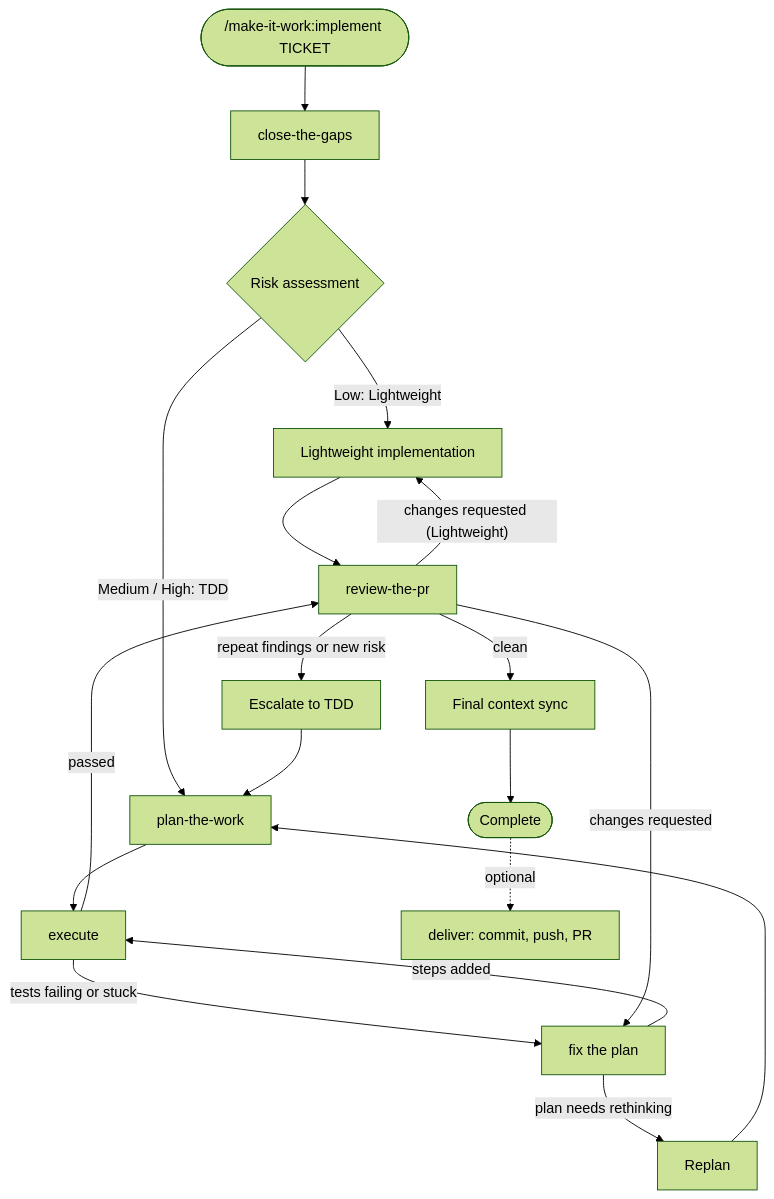
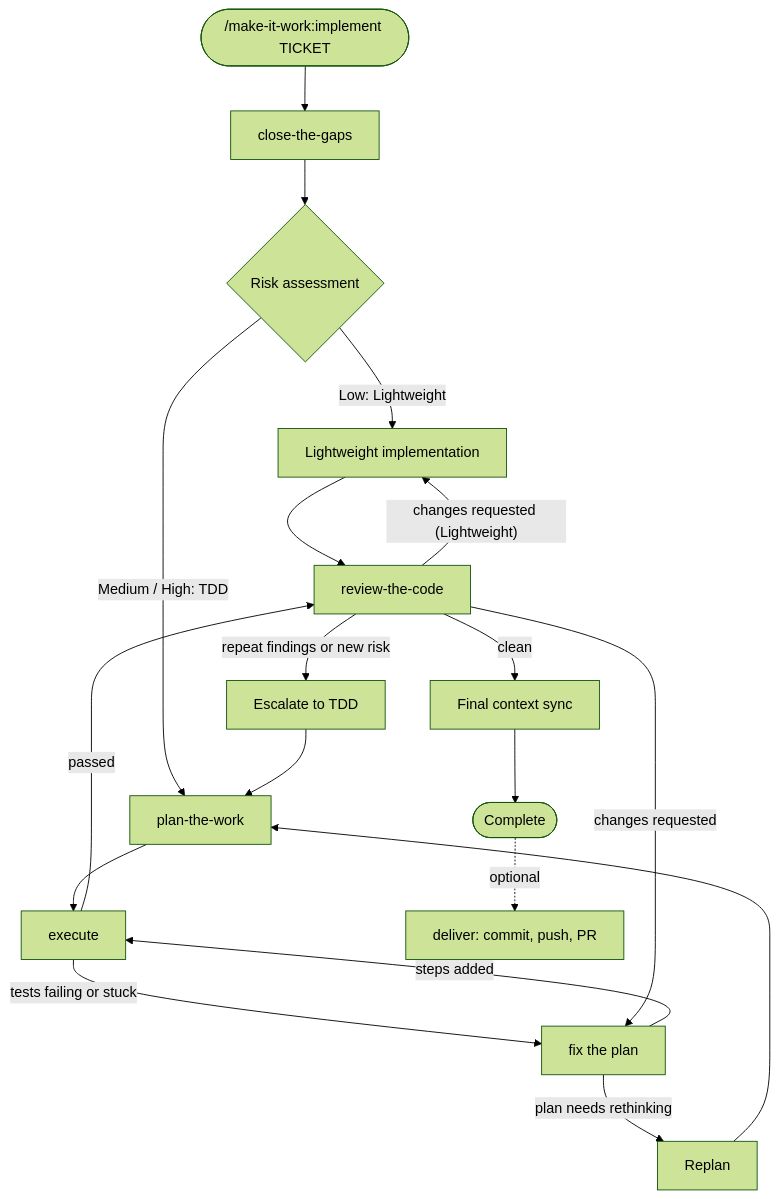
One commit to insideout-ai/make-it-work changed the diagram in README.md. Above: the diagram before and after it, drawn with Mermaid (forest theme). The commit also changed other lines of this file and 144 other files, not shown here.

````diff
--- a/README.md
+++ b/README.md
@@ -180,22 +254,22 @@
 ```mermaid
 flowchart TD
     Start(["/make-it-work:implement TICKET"]) --> Gaps["close-the-gaps"]
     Gaps --> Risk{"Risk assessment"}
     Risk -- "Low: Lightweight" --> Light["Lightweight implementation"]
     Risk -- "Medium / High: TDD" --> Plan["plan-the-work"]
     Plan --> Execute["execute"]
 
     Light --> Review
     Review -- "changes requested (Lightweight)" --> Light
     Review -- "repeat findings or new risk" --> Escalate["Escalate to TDD"] --> Plan
 
-    Execute -- "passed" --> Review["review-the-pr"]
+    Execute -- "passed" --> Review["review-the-code"]
     Execute -- "tests failing or stuck" --> FixPlan["fix the plan"]
 
     Review -- "clean" --> FinalSync["Final context sync"] --> Complete(["Complete"])
     Complete -. "optional" .-> Deliver["deliver: commit, push, PR"]
     Review -- "changes requested" --> FixPlan
 
     FixPlan -- "steps added" --> Execute
     FixPlan -- "plan needs rethinking" --> Replan["Replan"] --> Plan
 ```
````
